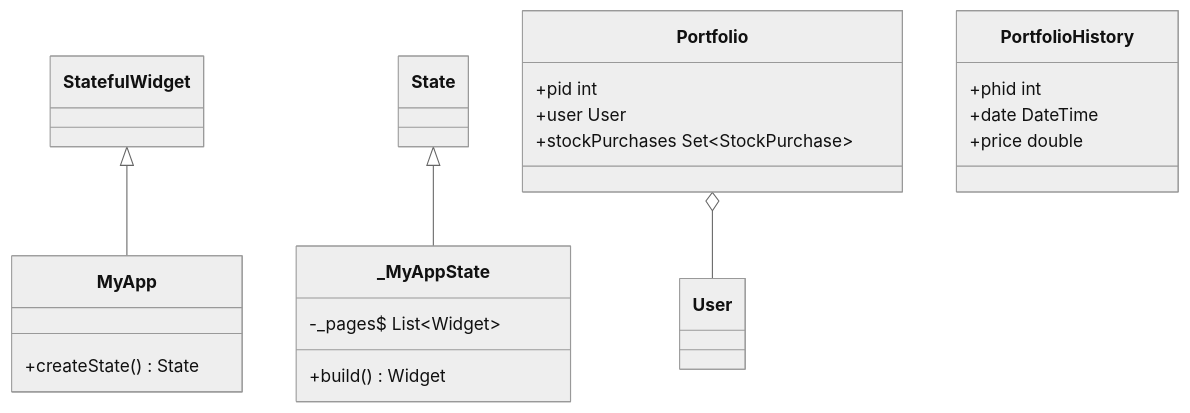
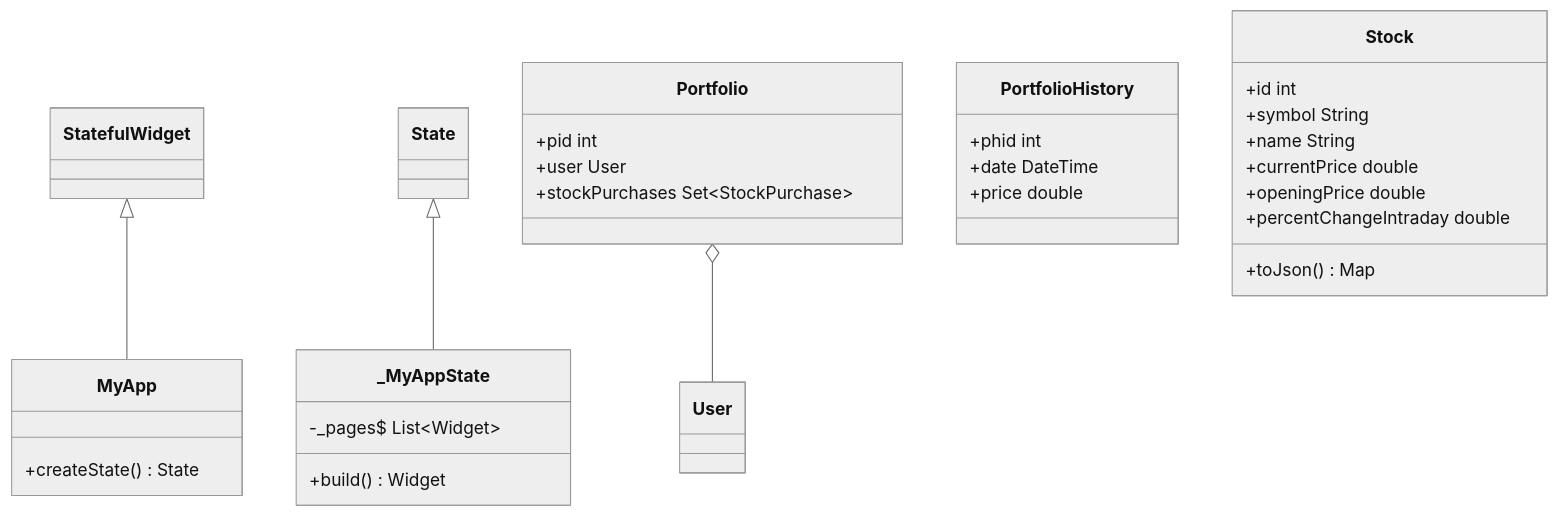
One commit to rednas-source/ExpensesApp changed the diagram in README.md. Above: the diagram before and after it, drawn with Mermaid (neutral theme).

````diff
--- a/README.md
+++ b/README.md
@@ -21,24 +21,32 @@
 ```mermaid
 classDiagram
 class MyApp
 MyApp : +createState() State<MyApp>
 StatefulWidget <|-- MyApp
 
 class _MyAppState
 _MyAppState : -_pages$ List~Widget~
 _MyAppState : +build() Widget
 State <|-- _MyAppState
 
 class Portfolio
 Portfolio : +pid int
 Portfolio : +user User
 Portfolio o-- User
 Portfolio : +stockPurchases Set~StockPurchase~
 
 class PortfolioHistory
 PortfolioHistory : +phid int
 PortfolioHistory : +date DateTime
 PortfolioHistory : +price double
 
+class Stock
+Stock : +id int
+Stock : +symbol String
+Stock : +name String
+Stock : +currentPrice double
+Stock : +openingPrice double
+Stock : +percentChangeIntraday double
+Stock : +toJson() Map<String, dynamic>
 
 ```
````
